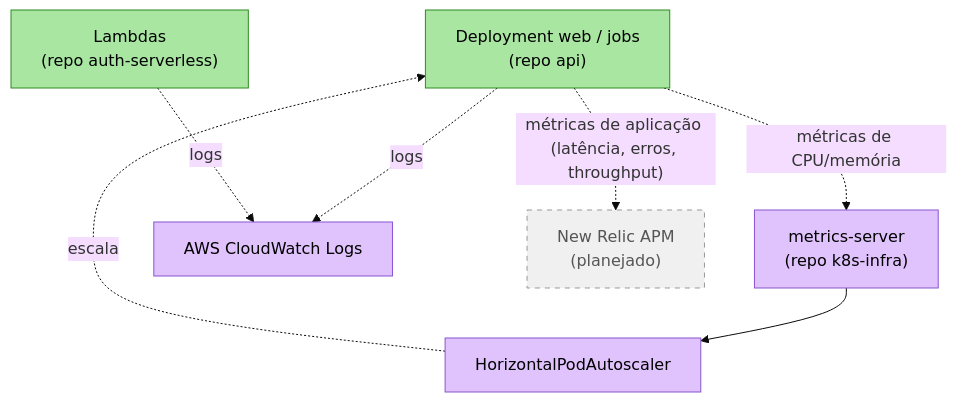
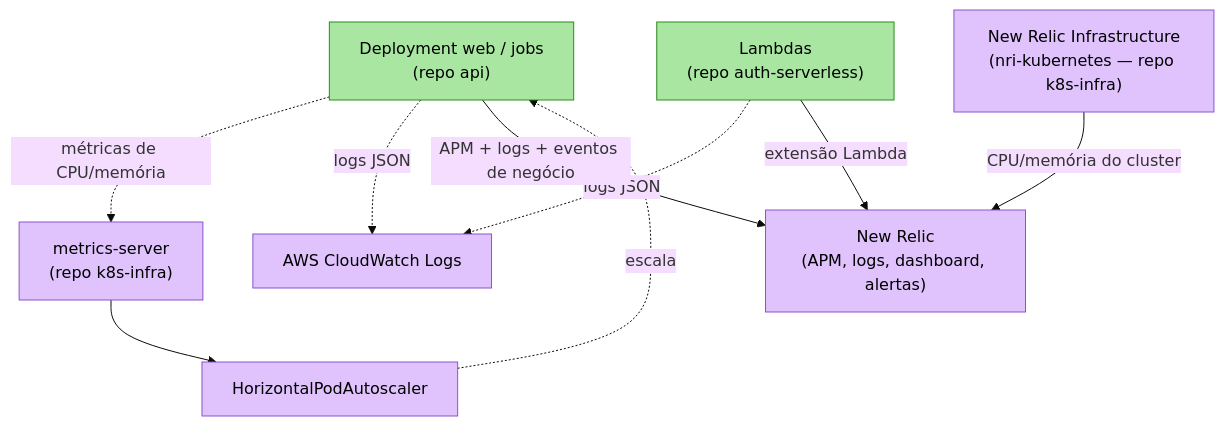
Before and after one commit to FIAP-15SOAT-GabrielHelton/api: the fourth of 4 diagrams in docs/fase3/architecture/component-diagram.md, drawn with Mermaid (base theme). The commit also changed other lines of this file and 18 other files, not shown here.

First line of the commit message:
feat(observability): instrumentar APM, logs estruturados e eventos de negocio com New Relic

````diff
--- a/docs/fase3/architecture/component-diagram.md
+++ b/docs/fase3/architecture/component-diagram.md
@@ -100,26 +100,28 @@
 ```mermaid
 flowchart TB
     Web["Deployment web / jobs\n(repo api)"]
     Lambdas["Lambdas\n(repo auth-serverless)"]
+    NRInfra["New Relic Infrastructure\n(nri-kubernetes — repo k8s-infra)"]
 
     MetricsServer["metrics-server\n(repo k8s-infra)"]
     HPA["HorizontalPodAutoscaler"]
     CloudWatch["AWS CloudWatch Logs"]
-    NewRelic["New Relic APM\n(planejado)"]
+    NewRelic["New Relic\n(APM, logs, dashboard, alertas)"]
 
     Web -. métricas de CPU/memória .-> MetricsServer
     MetricsServer --> HPA
     HPA -. escala .-> Web
 
-    Web -. logs .-> CloudWatch
-    Lambdas -. logs .-> CloudWatch
-    Web -.->|"métricas de aplicação (latência, erros, throughput)"| NewRelic
+    Web -. logs JSON .-> CloudWatch
+    Lambdas -. logs JSON .-> CloudWatch
+
+    Web -->|"APM + logs + eventos de negócio"| NewRelic
+    Lambdas -->|"extensão Lambda"| NewRelic
+    NRInfra -->|"CPU/memória do cluster"| NewRelic
 
     classDef compute fill:#a8e6a2,stroke:#2d8a1f,color:#000
     classDef obs fill:#e0c3fc,stroke:#8854d0,color:#000
-    classDef planned fill:#f0f0f0,stroke:#999999,color:#555,stroke-dasharray: 5 5
 
     class Web,Lambdas compute
-    class MetricsServer,HPA,CloudWatch obs
-    class NewRelic planned
+    class MetricsServer,HPA,CloudWatch,NewRelic,NRInfra obs
 ```
````
